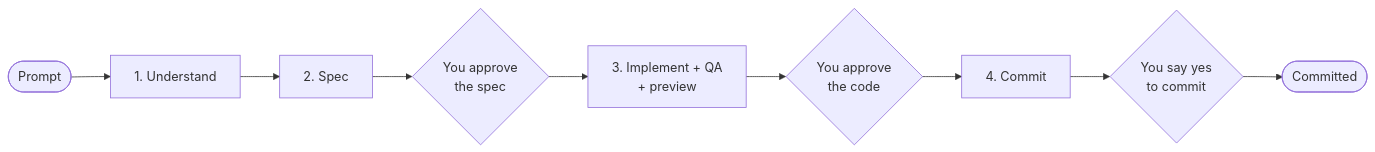
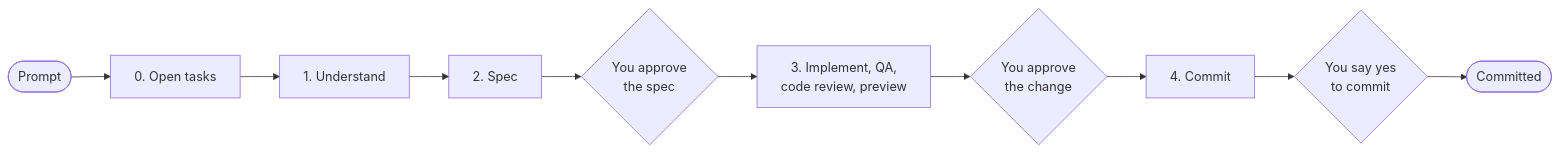
One commit to Hayko97/cclinic changed the first of 6 diagrams in DEVELOPMENT_FLOW.md. Above: the diagram before and after it, drawn with Mermaid. The commit also changed other lines of this file and 5 other files, not shown here.

Commit message:
docs: rewrite the readme and flow guides, and add the gui flow

````diff
--- a/DEVELOPMENT_FLOW.md
+++ b/DEVELOPMENT_FLOW.md
@@ -13,11 +13,12 @@
 ```mermaid
 flowchart LR
-    P([Prompt]) --> S1[1. Understand]
+    P([Prompt]) --> S0[0. Open tasks]
+    S0 --> S1[1. Understand]
     S1 --> S2[2. Spec]
     S2 --> G1{You approve<br/>the spec}
-    G1 --> S3[3. Implement + QA<br/>+ preview]
-    S3 --> G2{You approve<br/>the code}
+    G1 --> S3[3. Implement, QA,<br/>code review, preview]
+    S3 --> G2{You approve<br/>the change}
     G2 --> S4[4. Commit]
     S4 --> G3{You say yes<br/>to commit}
     G3 --> Done([Committed])
 ```
````
